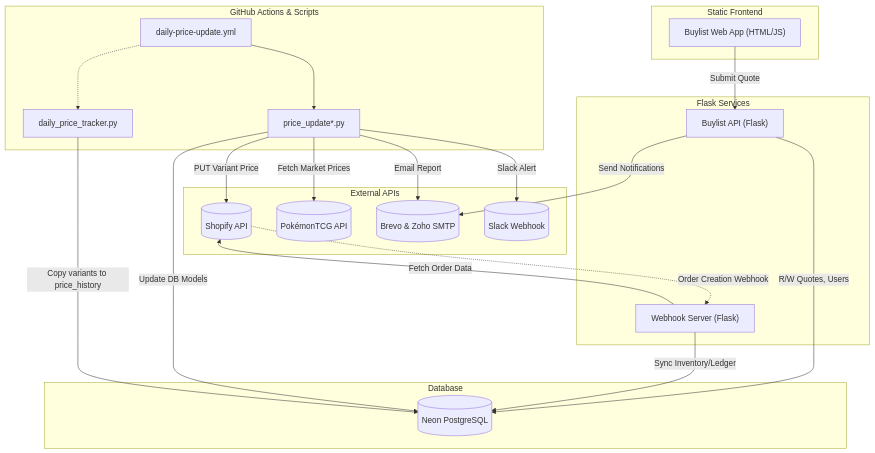
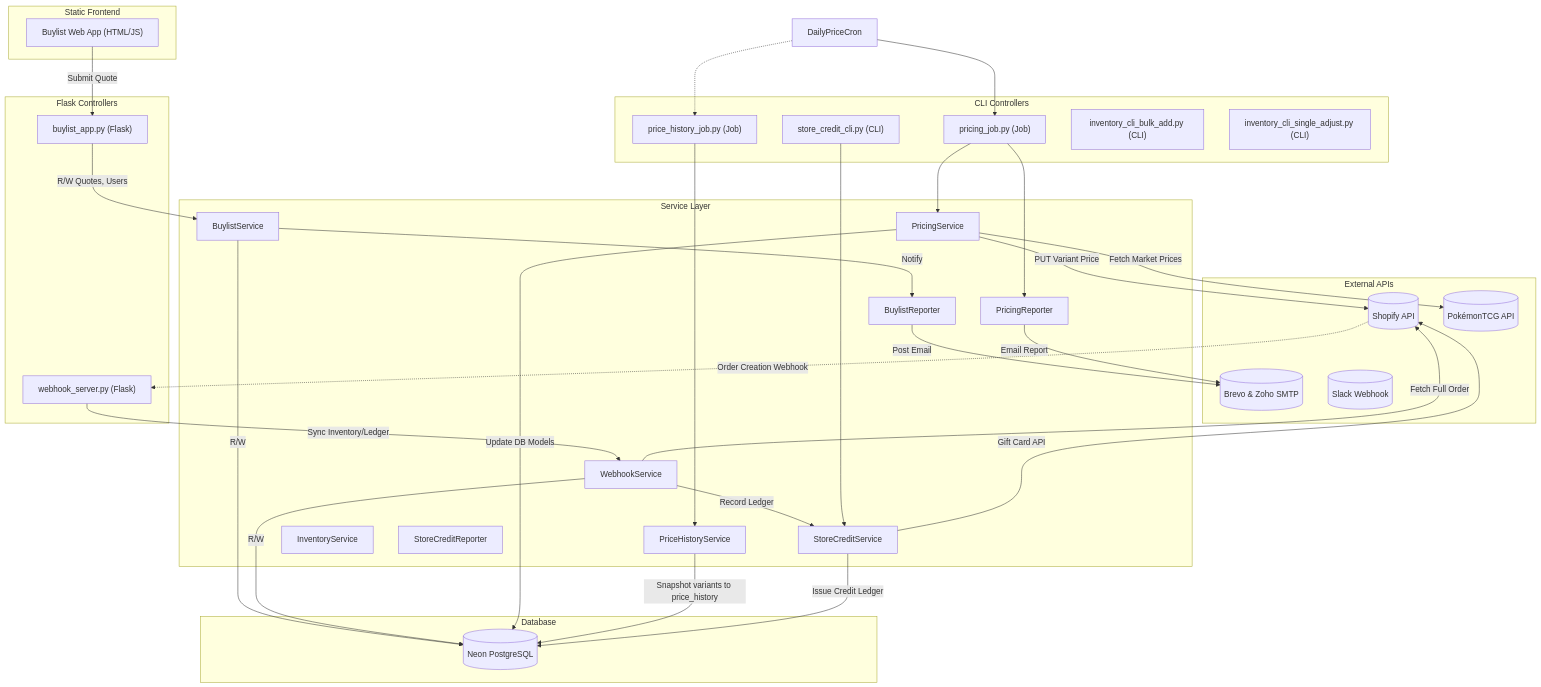
One commit to dumplingcollectibles/dumpling-price-automation changed the first of 2 diagrams in ARCHITECTURE.md. Above: the diagram before and after it, drawn with Mermaid. The commit also changed other lines of this file and 25 other files, not shown here.

````diff
--- a/ARCHITECTURE.md
+++ b/ARCHITECTURE.md
@@ -9,48 +9,73 @@
 ```mermaid
 graph TD
     %% Environments
-    subgraph Operations [GitHub Actions & Scripts]
-        DailyPriceCron["daily-price-update.yml"]
-        PriceUpdater["price_update*.py"]
-        LocalSnapshot["daily_price_tracker.py"]
+    subgraph Operations [CLI Controllers]
+        PricingJob["pricing_job.py (Job)"]
+        HistoryJob["price_history_job.py (Job)"]
+        StoreCreditCLI["store_credit_cli.py (CLI)"]
+        InventoryBulkCLI["inventory_cli_bulk_add.py (CLI)"]
+        InventorySingleCLI["inventory_cli_single_adjust.py (CLI)"]
     end
 
     subgraph Frontend [Static Frontend]
         UI["Buylist Web App (HTML/JS)"]
     end
 
-    subgraph API [Flask Services]
-        BuylistAPI["Buylist API (Flask)"]
-        WebhookServer["Webhook Server (Flask)"]
+    subgraph API [Flask Controllers]
+        BuylistAPI["buylist_app.py (Flask)"]
+        WebhookServer["webhook_server.py (Flask)"]
+    end
+
+    subgraph DomainServices [Service Layer]
+        PricingService["PricingService"]
+        HistoryService["PriceHistoryService"]
+        StoreCreditService["StoreCreditService"]
+        BuylistService["BuylistService"]
+        WebhookService["WebhookService"]
+        InventoryService["InventoryService"]
+        PricingReporter["PricingReporter"]
+        BuylistReporter["BuylistReporter"]
+        StoreCreditReporter["StoreCreditReporter"]
     end
 
     subgraph External [External APIs]
         Shopify[("Shopify API")]
         PokemonTCG[("PokémonTCG API")]
         Brevo[("Brevo & Zoho SMTP")]
         Slack[("Slack Webhook")]
     end
 
     subgraph DB [Database]
         Postgres[("Neon PostgreSQL")]
     end
 
     %% Internal Workflows
     UI -->|Submit Quote| BuylistAPI
-    BuylistAPI -->|R/W Quotes, Users| Postgres
-    BuylistAPI -->|Send Notifications| Brevo
+    BuylistAPI -->|R/W Quotes, Users| BuylistService
+    BuylistService -->|R/W| Postgres
+    BuylistService -->|Notify| BuylistReporter
+    BuylistReporter -->|Post Email| Brevo
 
     Shopify -.->|Order Creation Webhook| WebhookServer
-    WebhookServer -->|Sync Inventory/Ledger| Postgres
-    WebhookServer -->|Fetch Order Data| Shopify
+    WebhookServer -->|Sync Inventory/Ledger| WebhookService
+    WebhookService -->|R/W| Postgres
+    WebhookService -->|Fetch Full Order| Shopify
+    WebhookService -->|Record Ledger| StoreCreditService
 
-    DailyPriceCron --> PriceUpdater
-    PriceUpdater -->|Fetch Market Prices| PokemonTCG
-    PriceUpdater -->|Update DB Models| Postgres
-    PriceUpdater -->|PUT Variant Price| Shopify
-    PriceUpdater -->|Email Report| Brevo
-    PriceUpdater -->|Slack Alert| Slack
-
-    DailyPriceCron -.-> LocalSnapshot
-    LocalSnapshot -->|Copy variants to price_history| Postgres
+    DailyPriceCron --> PricingJob
+    PricingJob --> PricingService
+    PricingService -->|Fetch Market Prices| PokemonTCG
+    PricingService -->|Update DB Models| Postgres
+    PricingService -->|PUT Variant Price| Shopify
+    
+    PricingJob --> PricingReporter
+    PricingReporter -->|Email Report| Brevo
+    
+    DailyPriceCron -.-> HistoryJob
+    HistoryJob --> HistoryService
+    HistoryService -->|Snapshot variants to price_history| Postgres
+    
+    StoreCreditCLI --> StoreCreditService
+    StoreCreditService -->|Gift Card API| Shopify
+    StoreCreditService -->|Issue Credit Ledger| Postgres
 ```
````
